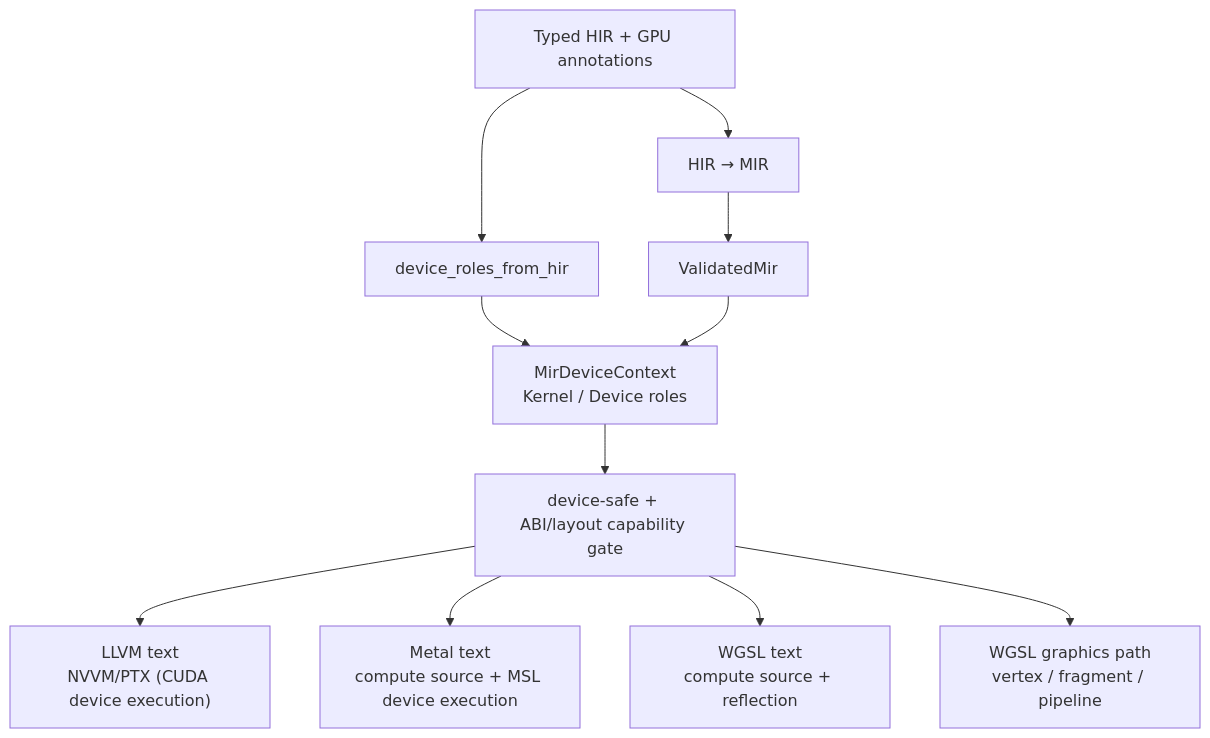
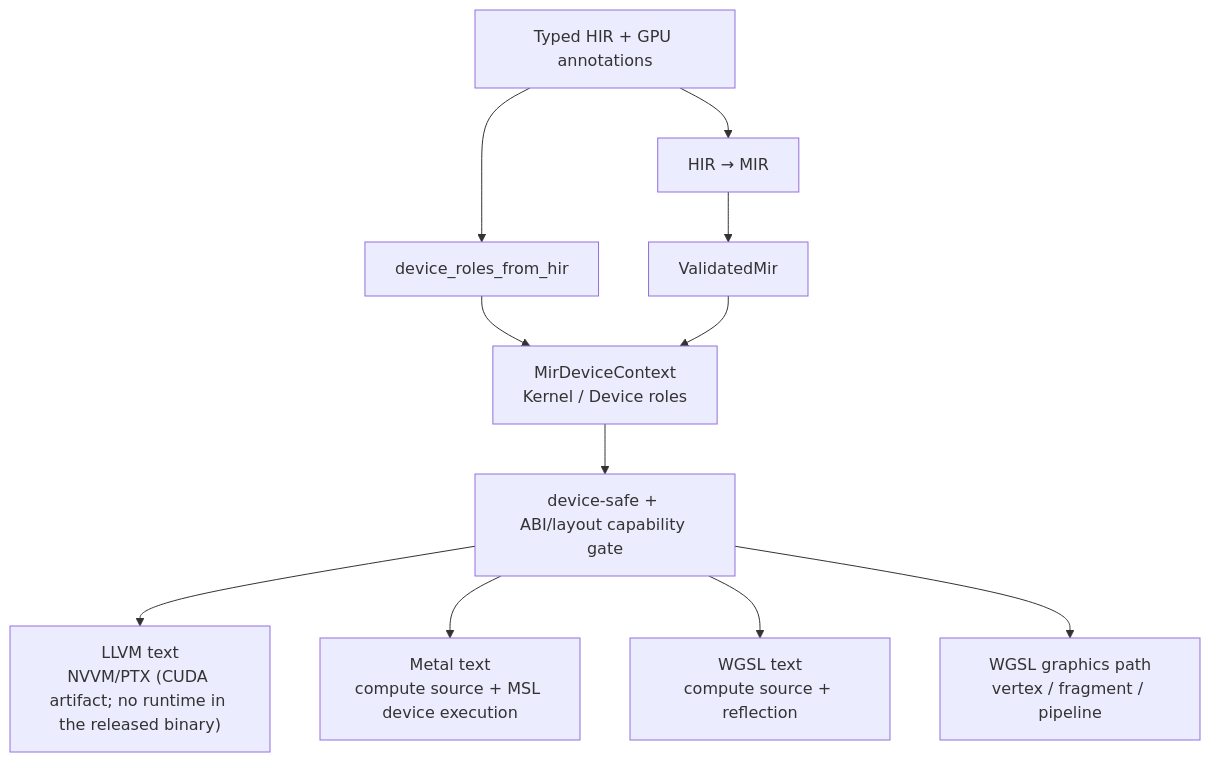
Before and after one commit to faberlang/faberlang.dev: the ninth of 10 diagrams in src/en-US/toolchain/radix.md, drawn with Mermaid. The commit also changed other lines of this file and 24 other files, not shown here.

First line of the commit message:
site: CUDA claims match the released binary (hardware-gated, no CUDA runtime, run fails closed)

````diff
--- a/src/en-US/toolchain/radix.md
+++ b/src/en-US/toolchain/radix.md
@@ -888,13 +888,13 @@
 ```mermaid
 flowchart TD
     HIR["Typed HIR + GPU annotations"] --> Roles["device_roles_from_hir"]
     HIR --> MIR["HIR → MIR"]
     MIR --> Validated["ValidatedMir"]
     Roles --> DeviceContext["MirDeviceContext\nKernel / Device roles"]
     Validated --> DeviceContext
     DeviceContext --> Gate["device-safe + ABI/layout capability gate"]
-    Gate --> LLVM["LLVM text\nNVVM/PTX (CUDA device execution)"]
+    Gate --> LLVM["LLVM text\nNVVM/PTX (CUDA artifact; no runtime in the released binary)"]
     Gate --> Metal["Metal text\ncompute source + MSL device execution"]
     Gate --> WGSL["WGSL text\ncompute source + reflection"]
     Gate --> Graphics["WGSL graphics path\nvertex / fragment / pipeline"]
 ```
````
